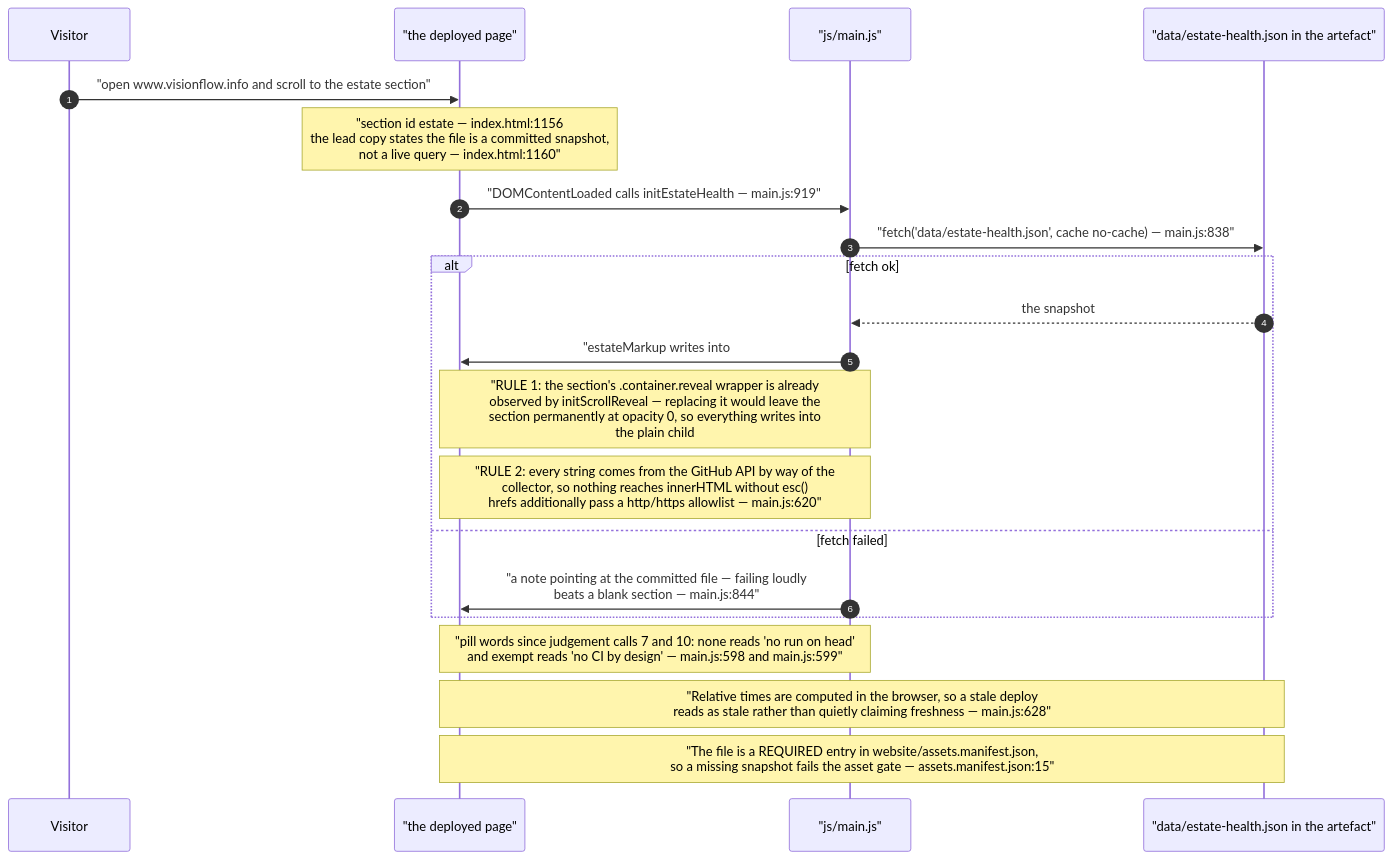
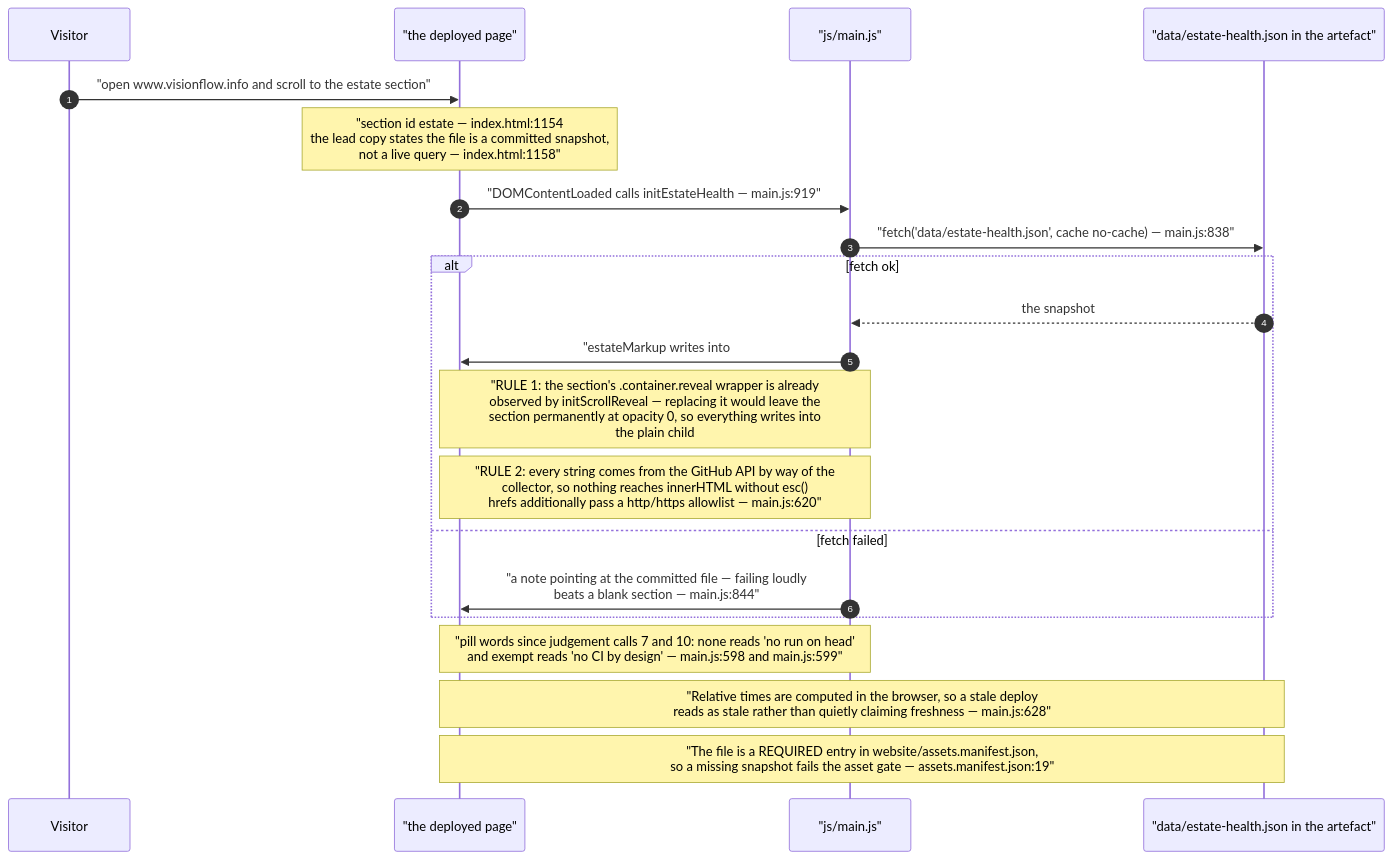
The eighth of 9 diagrams in docs/diagrams/visionflow/03-estate-health.md (DreamLab-AI/VisionFlow), drawn with Mermaid before and after one commit. The commit also changed other lines of this file and 7 other files, not shown here.

````diff
--- a/docs/diagrams/visionflow/03-estate-health.md
+++ b/docs/diagrams/visionflow/03-estate-health.md
@@ -264,24 +264,24 @@
 ```mermaid
 sequenceDiagram
     autonumber
     participant V as Visitor
     participant P as "the deployed page"
     participant M as "js/main.js"
     participant F as "data/estate-health.json in the artefact"
 
     V->>P: "open www.visionflow.info and scroll to the estate section"
-    Note over P: "section id estate — index.html:1156<br/>the lead copy states the file is a committed snapshot,<br/>not a live query — index.html:1160"
+    Note over P: "section id estate — index.html:1154<br/>the lead copy states the file is a committed snapshot,<br/>not a live query — index.html:1158"
     P->>M: "DOMContentLoaded calls initEstateHealth — main.js:919"
     M->>F: "fetch('data/estate-health.json', cache no-cache) — main.js:838"
     alt fetch ok
         F-->>M: the snapshot
         M->>P: "estateMarkup writes into #estate-body — main.js:841"
         Note over M,P: "RULE 1: the section's .container.reveal wrapper is already<br/>observed by initScrollReveal — replacing it would leave the<br/>section permanently at opacity 0, so everything writes into<br/>the plain child #estate-body — main.js:587"
         Note over M,P: "RULE 2: every string comes from the GitHub API by way of the<br/>collector, so nothing reaches innerHTML without esc()<br/>hrefs additionally pass a http/https allowlist — main.js:620"
     else fetch failed
         M->>P: "a note pointing at the committed file — failing loudly<br/>beats a blank section — main.js:844"
     end
     Note over M,P: "pill words since judgement calls 7 and 10: none reads 'no run on head'<br/>and exempt reads 'no CI by design' — main.js:598 and main.js:599"
     Note over P,F: "Relative times are computed in the browser, so a stale deploy<br/>reads as stale rather than quietly claiming freshness — main.js:628"
-    Note over P,F: "The file is a REQUIRED entry in website/assets.manifest.json,<br/>so a missing snapshot fails the asset gate — assets.manifest.json:15"
+    Note over P,F: "The file is a REQUIRED entry in website/assets.manifest.json,<br/>so a missing snapshot fails the asset gate — assets.manifest.json:19"
 ```
````
